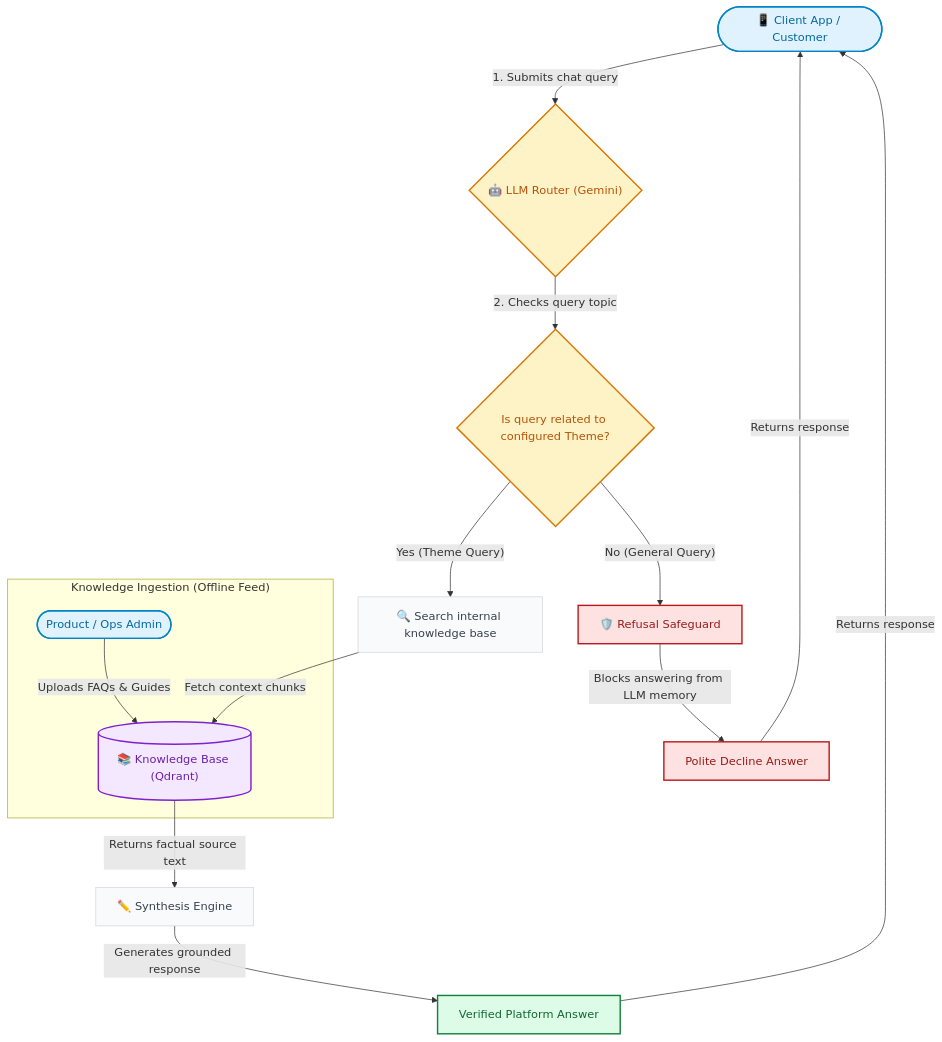
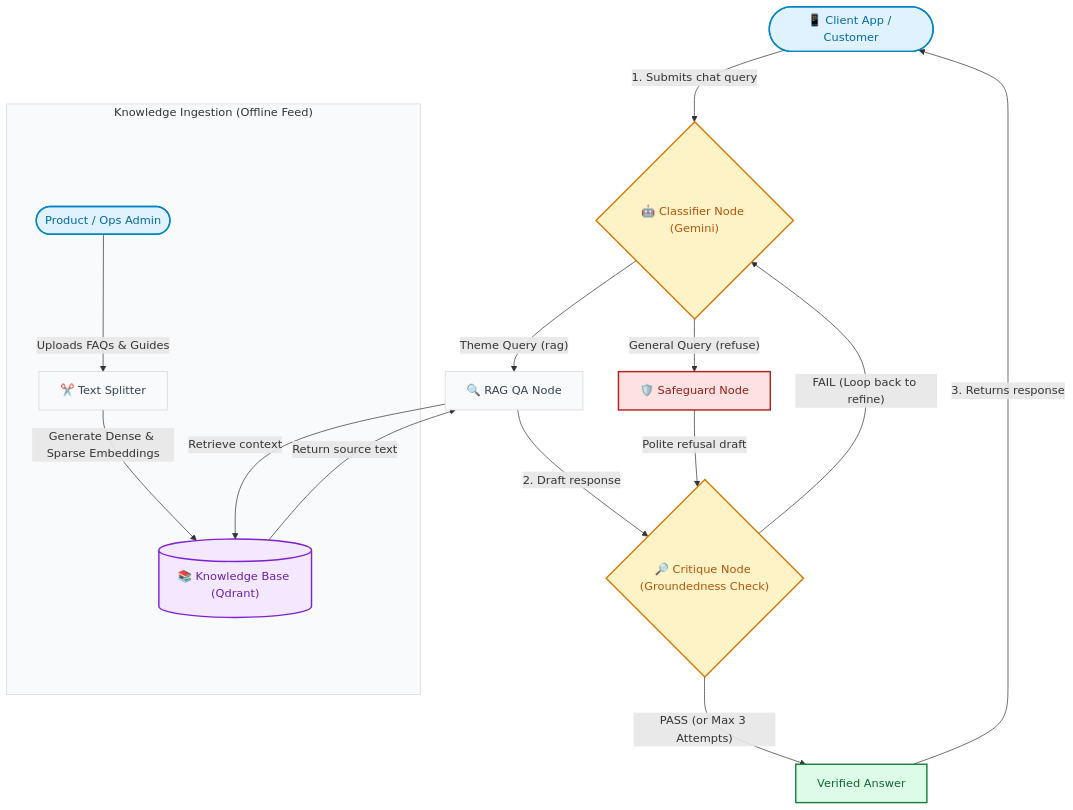
One commit to boycececil666gmailcom/rag-chatbot changed the first of 4 diagrams in README.md. Above: the diagram before and after it, drawn with Mermaid. The commit also changed other lines of this file and 15 other files, not shown here.

Commit message:
refactor: package agent_flow, apply cosine similarity classification, and add refuse critique

````diff
--- a/README.md
+++ b/README.md
@@ -9,45 +9,40 @@
 ```mermaid
 flowchart TD
     %% Styling Node classes
     classDef client fill:#e0f2fe,stroke:#0284c7,stroke-width:2px,color:#0369a1;
     classDef router fill:#fef3c7,stroke:#d97706,stroke-width:2px,color:#b45309;
     classDef kb fill:#f3e8ff,stroke:#7e22ce,stroke-width:2px,color:#6b21a8;
     classDef reply fill:#dcfce7,stroke:#15803d,stroke-width:2px,color:#166534;
     classDef block fill:#fee2e2,stroke:#b91c1c,stroke-width:2px,color:#991b1b;
     classDef process fill:#f9fafb,stroke:#d1d5db,stroke-width:1px,color:#374151;
     
     %% Main customer interaction entry point
-    Client(["📱 Client App / Customer"])
+    Client(["📱 Client App / Customer"]):::client
     
-    Client -->|"1. Submits chat query"| Router{"🤖 LLM Router (Gemini)"}
+    Client -->|"1. Submits chat query"| Classifier{"🤖 Classifier Node (Gemini)"}:::router
     
-    %% Router checks relevance
-    Router -->|"2. Checks query topic"| IsTheme{"Is query related to configured Theme?"}
+    %% Classifier branches
+    Classifier -->|"Theme Query (rag)"| QA["🔍 RAG QA Node"]:::process
+    Classifier -->|"General Query (refuse)"| Safeguard["🛡️ Safeguard Node"]:::block
     
-    %% Safeguard Refusal Path (Left branch)
-    IsTheme -->|"No (General Query)"| Safeguard["🛡️ Refusal Safeguard"]
-    Safeguard -->|"Blocks answering from LLM memory"| RefusalReply["Polite Decline Answer"]
-    RefusalReply -->|"Returns response"| Client
+    %% Qdrant DB Retrieval
+    QA -->|"Retrieve context"| DB[("📚 Knowledge Base (Qdrant)")]:::kb
+    DB -->|"Return source text"| QA
     
-    %% RAG Retrieval Path (Right branch)
-    IsTheme -->|"Yes (Theme Query)"| Search["🔍 Search internal knowledge base"]
+    %% Critique verification
+    QA -->|"2. Draft response"| Critique{"🔎 Critique Node (Groundedness Check)"}:::router
+    Safeguard -->|"Polite refusal draft"| Critique
+    
+    %% Critique outcomes
+    Critique -->|"PASS (or Max 3 Attempts)"| VerifiedReply["Verified Answer"]:::reply
+    Critique -->|"FAIL (Loop back to refine)"| Classifier
+    
+    VerifiedReply -->|"3. Returns response"| Client
     
     %% Ingestion background flow
     subgraph Ingestion ["Knowledge Ingestion (Offline Feed)"]
-        Admin(["Product / Ops Admin"]) -->|"Uploads FAQs & Guides"| DB[("📚 Knowledge Base (Qdrant)")]
+        style Ingestion fill:#f9fafb,stroke:#d1d5db,stroke-width:1px;
+        Admin(["Product / Ops Admin"]):::client -->|"Uploads FAQs & Guides"| Split["✂️ Text Splitter"]:::process
+        Split -->|"Generate Dense & Sparse Embeddings"| DB
     end
-    
-    Search -->|"Fetch context chunks"| DB
-    DB -->|"Returns factual source text"| Synth["✏️ Synthesis Engine"]
-    Synth -->|"Generates grounded response"| VerifiedReply["Verified Platform Answer"]
-    
-    VerifiedReply -->|"Returns response"| Client
-
-    %% Class assignments
-    class Client,Admin client;
-    class Router,IsTheme router;
-    class DB kb;
-    class Search,Synth process;
-    class VerifiedReply reply;
-    class Safeguard,RefusalReply block;
 ```
````
